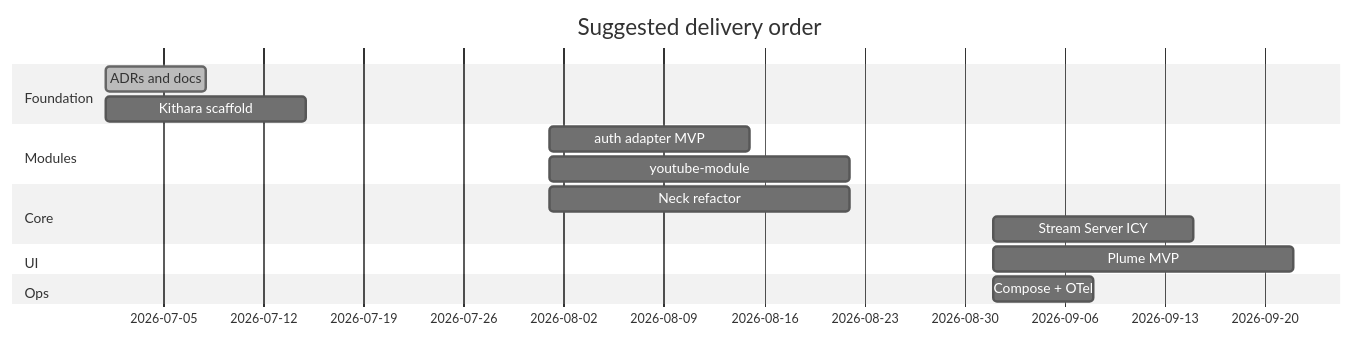
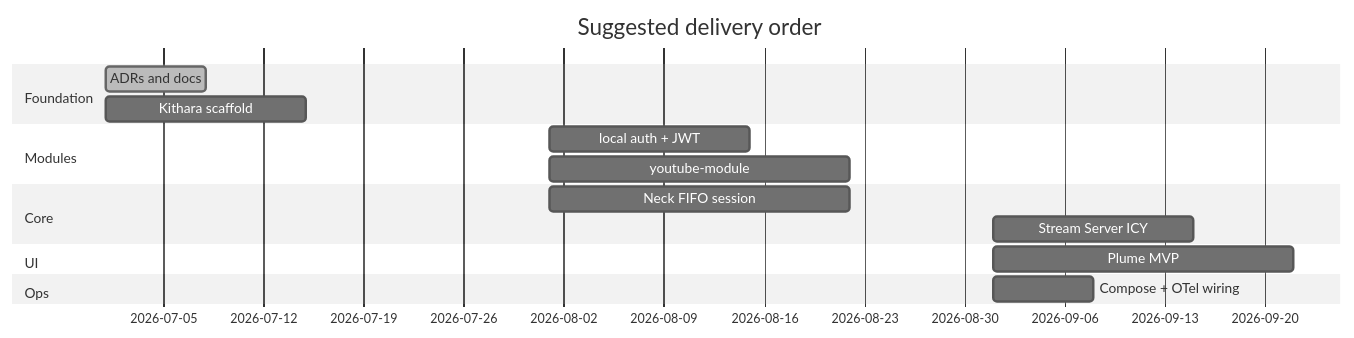
One commit to Bardie-radio/bardie-kithara changed the diagram in docs/architecture/mvp/v0.1-milestones.md. Above: the diagram before and after it, drawn with Mermaid (neutral theme). The commit also changed other lines of this file and 37 other files, not shown here.

Commit message:
Refactor architecture documentation to clarify audio processing and module interactions.

````diff
--- a/docs/architecture/mvp/v0.1-milestones.md
+++ b/docs/architecture/mvp/v0.1-milestones.md
@@ -3,18 +3,18 @@
 ```mermaid
 gantt
   title Suggested delivery order
   dateFormat YYYY-MM
   section Foundation
   ADRs and docs           :done, 2026-07, 1w
   Kithara scaffold        :2026-07, 2w
   section Modules
-  auth adapter MVP        :2026-08, 2w
+  local auth + JWT        :2026-08, 2w
   youtube-module          :2026-08, 3w
   section Core
-  Neck refactor           :2026-08, 3w
+  Neck FIFO session       :2026-08, 3w
   Stream Server ICY       :2026-09, 2w
   section UI
   Plume MVP               :2026-09, 3w
   section Ops
-  Compose + OTel          :2026-09, 1w
+  Compose + OTel wiring   :2026-09, 1w
 ```
````
